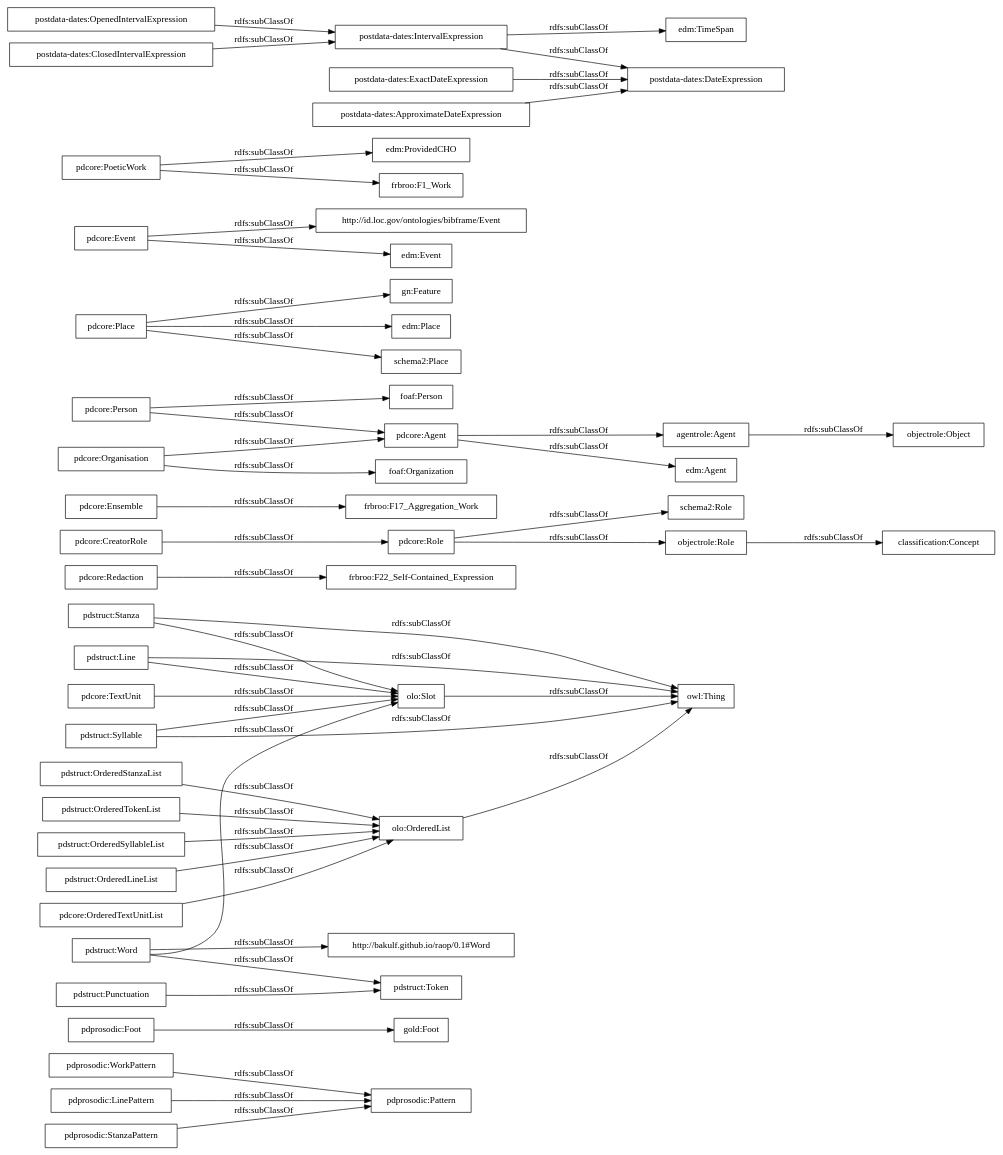
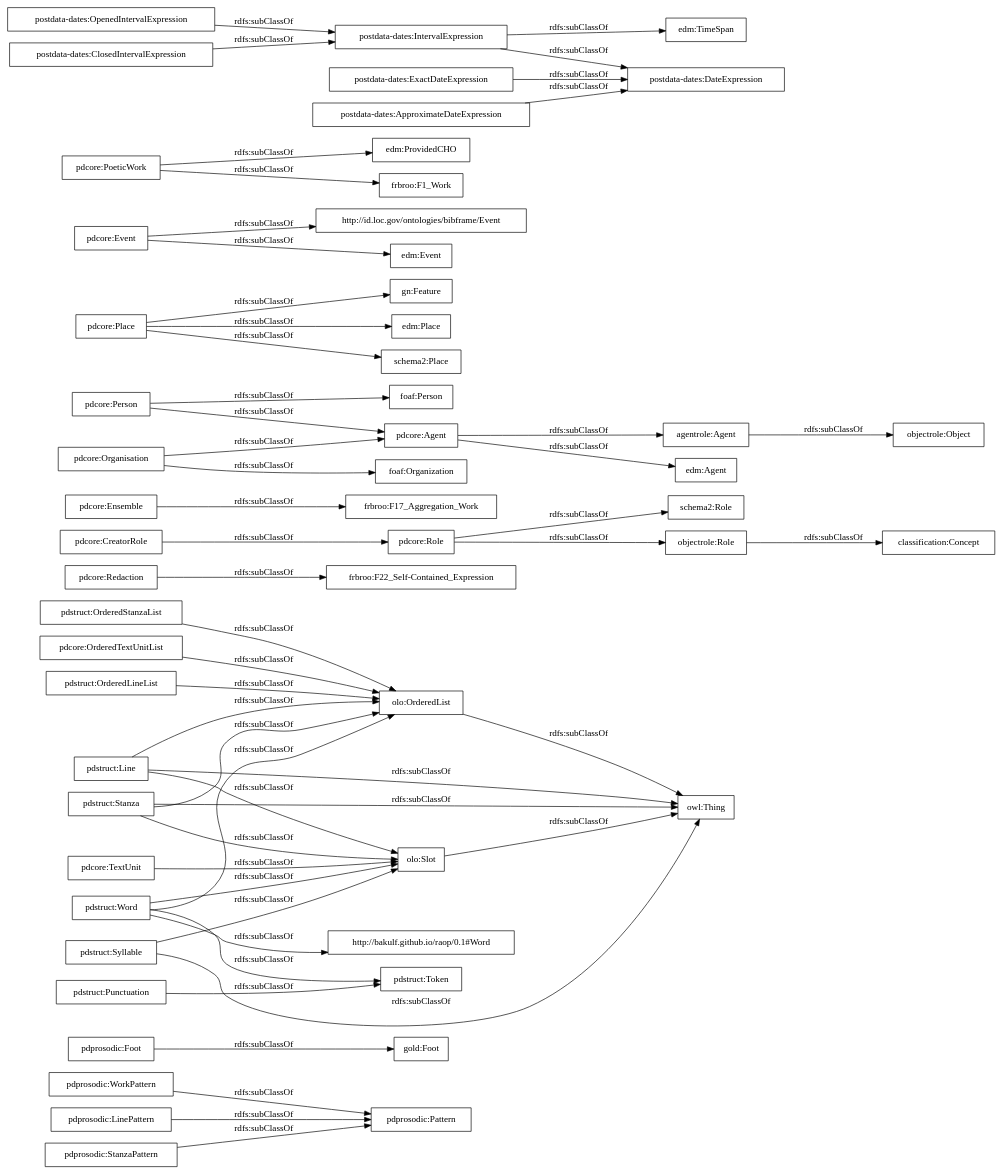
Before and after one commit to MLuisaDiezPlatas/prosodicElements-ontology: the diagram in OnToology/postdata-prosodicElements.owl/diagrams/ar2dtool-taxonomy/postdata-prosodicElements.owl.png.dot, drawn with Graphviz. The commit also changed 12 other files, not shown here.

```diff
--- a/OnToology/postdata-prosodicElements.owl/diagrams/ar2dtool-taxonomy/postdata-prosodicElements.owl.png.dot
+++ b/OnToology/postdata-prosodicElements.owl/diagrams/ar2dtool-taxonomy/postdata-prosodicElements.owl.png.dot
@@ -1,54 +1,55 @@
 digraph ar2dtool_diagram { 
 rankdir=LR;
 size="1000"
-node [shape = rectangle, color="black"]; "pdprosodic:WorkPattern" "pdprosodic:Foot" "pdprosodic:LinePattern" "pdprosodic:Pattern" "gold:Foot" "pdprosodic:StanzaPattern" "pdstruct:Line" "pdstruct:Punctuation" "pdstruct:OrderedStanzaList" "pdstruct:OrderedTokenList" "pdstruct:Word" "pdstruct:Stanza" "pdstruct:Token" "pdstruct:OrderedSyllableList" "pdcore:Redaction" "pdstruct:Syllable" "http://bakulf.github.io/raop/0.1#Word" "pdstruct:OrderedLineList" "olo:Slot" "olo:OrderedList" "pdcore:Role" "frbroo:F17_Aggregation_Work" "pdcore:OrderedTextUnitList" "agentrole:Agent" "gn:Feature" "edm:Agent" "pdcore:Agent" "pdcore:CreatorRole" "pdcore:Person" "pdcore:Organisation" "edm:Place" "pdcore:Ensemble" "foaf:Person" "frbroo:F22_Self-Contained_Expression" "http://id.loc.gov/ontologies/bibframe/Event" "edm:Event" "pdcore:TextUnit" "foaf:Organization" "edm:ProvidedCHO" "pdcore:Place" "schema2:Place" "pdcore:Event" "pdcore:PoeticWork" "frbroo:F1_Work" "schema2:Role" "owl:Thing" "objectrole:Role" "objectrole:Object" "postdata-dates:OpenedIntervalExpression" "postdata-dates:ClosedIntervalExpression" "postdata-dates:IntervalExpression" "postdata-dates:ExactDateExpression" "edm:TimeSpan" "postdata-dates:DateExpression" "postdata-dates:ApproximateDateExpression" "classification:Concept" ; /*classes style*/
+node [shape = rectangle, color="black"]; "pdprosodic:WorkPattern" "pdprosodic:Foot" "pdprosodic:LinePattern" "pdprosodic:Pattern" "gold:Foot" "pdprosodic:StanzaPattern" "pdstruct:Line" "pdstruct:Punctuation" "pdstruct:OrderedStanzaList" "pdstruct:Stanza" "pdstruct:Word" "pdstruct:Token" "pdcore:Redaction" "pdstruct:Syllable" "http://bakulf.github.io/raop/0.1#Word" "pdstruct:OrderedLineList" "olo:Slot" "olo:OrderedList" "pdcore:Role" "frbroo:F17_Aggregation_Work" "pdcore:OrderedTextUnitList" "agentrole:Agent" "gn:Feature" "edm:Agent" "pdcore:Agent" "pdcore:CreatorRole" "pdcore:Person" "pdcore:Organisation" "edm:Place" "foaf:Person" "pdcore:Ensemble" "frbroo:F22_Self-Contained_Expression" "http://id.loc.gov/ontologies/bibframe/Event" "edm:Event" "pdcore:TextUnit" "foaf:Organization" "edm:ProvidedCHO" "pdcore:Place" "schema2:Place" "pdcore:Event" "pdcore:PoeticWork" "frbroo:F1_Work" "schema2:Role" "owl:Thing" "objectrole:Role" "objectrole:Object" "postdata-dates:OpenedIntervalExpression" "postdata-dates:ClosedIntervalExpression" "postdata-dates:IntervalExpression" "postdata-dates:ExactDateExpression" "edm:TimeSpan" "postdata-dates:DateExpression" "postdata-dates:ApproximateDateExpression" "classification:Concept" ; /*classes style*/
 	"pdprosodic:WorkPattern" -> "pdprosodic:Pattern" [ label = "rdfs:subClassOf" ];
 	"pdstruct:OrderedStanzaList" -> "olo:OrderedList" [ label = "rdfs:subClassOf" ];
-	"pdstruct:OrderedTokenList" -> "olo:OrderedList" [ label = "rdfs:subClassOf" ];
 	"pdstruct:Punctuation" -> "pdstruct:Token" [ label = "rdfs:subClassOf" ];
 	"agentrole:Agent" -> "objectrole:Object" [ label = "rdfs:subClassOf" ];
+	"pdstruct:Word" -> "olo:OrderedList" [ label = "rdfs:subClassOf" ];
 	"pdstruct:Word" -> "olo:Slot" [ label = "rdfs:subClassOf" ];
 	"pdstruct:Word" -> "pdstruct:Token" [ label = "rdfs:subClassOf" ];
 	"pdstruct:Word" -> "http://bakulf.github.io/raop/0.1#Word" [ label = "rdfs:subClassOf" ];
 	"pdcore:PoeticWork" -> "frbroo:F1_Work" [ label = "rdfs:subClassOf" ];
 	"pdcore:PoeticWork" -> "edm:ProvidedCHO" [ label = "rdfs:subClassOf" ];
 	"pdprosodic:Foot" -> "gold:Foot" [ label = "rdfs:subClassOf" ];
 	"objectrole:Role" -> "classification:Concept" [ label = "rdfs:subClassOf" ];
-	"pdstruct:OrderedSyllableList" -> "olo:OrderedList" [ label = "rdfs:subClassOf" ];
 	"postdata-dates:ClosedIntervalExpression" -> "postdata-dates:IntervalExpression" [ label = "rdfs:subClassOf" ];
 	"pdstruct:Stanza" -> "olo:Slot" [ label = "rdfs:subClassOf" ];
+	"pdstruct:Stanza" -> "olo:OrderedList" [ label = "rdfs:subClassOf" ];
 	"pdstruct:Stanza" -> "owl:Thing" [ label = "rdfs:subClassOf" ];
 	"postdata-dates:ApproximateDateExpression" -> "postdata-dates:DateExpression" [ label = "rdfs:subClassOf" ];
 	"pdcore:Agent" -> "agentrole:Agent" [ label = "rdfs:subClassOf" ];
 	"pdcore:Agent" -> "edm:Agent" [ label = "rdfs:subClassOf" ];
 	"olo:Slot" -> "owl:Thing" [ label = "rdfs:subClassOf" ];
 	"postdata-dates:OpenedIntervalExpression" -> "postdata-dates:IntervalExpression" [ label = "rdfs:subClassOf" ];
 	"pdcore:Organisation" -> "foaf:Organization" [ label = "rdfs:subClassOf" ];
 	"pdcore:Organisation" -> "pdcore:Agent" [ label = "rdfs:subClassOf" ];
+	"pdcore:Ensemble" -> "frbroo:F17_Aggregation_Work" [ label = "rdfs:subClassOf" ];
 	"olo:OrderedList" -> "owl:Thing" [ label = "rdfs:subClassOf" ];
-	"pdcore:Ensemble" -> "frbroo:F17_Aggregation_Work" [ label = "rdfs:subClassOf" ];
 	"pdcore:TextUnit" -> "olo:Slot" [ label = "rdfs:subClassOf" ];
 	"pdcore:Redaction" -> "frbroo:F22_Self-Contained_Expression" [ label = "rdfs:subClassOf" ];
 	"pdcore:Place" -> "edm:Place" [ label = "rdfs:subClassOf" ];
 	"pdcore:Place" -> "schema2:Place" [ label = "rdfs:subClassOf" ];
 	"pdcore:Place" -> "gn:Feature" [ label = "rdfs:subClassOf" ];
 	"pdstruct:OrderedLineList" -> "olo:OrderedList" [ label = "rdfs:subClassOf" ];
 	"pdcore:CreatorRole" -> "pdcore:Role" [ label = "rdfs:subClassOf" ];
 	"pdstruct:Syllable" -> "owl:Thing" [ label = "rdfs:subClassOf" ];
 	"pdstruct:Syllable" -> "olo:Slot" [ label = "rdfs:subClassOf" ];
 	"pdcore:Role" -> "objectrole:Role" [ label = "rdfs:subClassOf" ];
 	"pdcore:Role" -> "schema2:Role" [ label = "rdfs:subClassOf" ];
 	"pdprosodic:StanzaPattern" -> "pdprosodic:Pattern" [ label = "rdfs:subClassOf" ];
 	"pdstruct:Line" -> "olo:Slot" [ label = "rdfs:subClassOf" ];
+	"pdstruct:Line" -> "olo:OrderedList" [ label = "rdfs:subClassOf" ];
 	"pdstruct:Line" -> "owl:Thing" [ label = "rdfs:subClassOf" ];
 	"pdprosodic:LinePattern" -> "pdprosodic:Pattern" [ label = "rdfs:subClassOf" ];
 	"pdcore:OrderedTextUnitList" -> "olo:OrderedList" [ label = "rdfs:subClassOf" ];
 	"postdata-dates:IntervalExpression" -> "edm:TimeSpan" [ label = "rdfs:subClassOf" ];
 	"postdata-dates:IntervalExpression" -> "postdata-dates:DateExpression" [ label = "rdfs:subClassOf" ];
 	"postdata-dates:ExactDateExpression" -> "postdata-dates:DateExpression" [ label = "rdfs:subClassOf" ];
 	"pdcore:Event" -> "edm:Event" [ label = "rdfs:subClassOf" ];
 	"pdcore:Event" -> "http://id.loc.gov/ontologies/bibframe/Event" [ label = "rdfs:subClassOf" ];
 	"pdcore:Person" -> "foaf:Person" [ label = "rdfs:subClassOf" ];
 	"pdcore:Person" -> "pdcore:Agent" [ label = "rdfs:subClassOf" ];
 
 }
```
